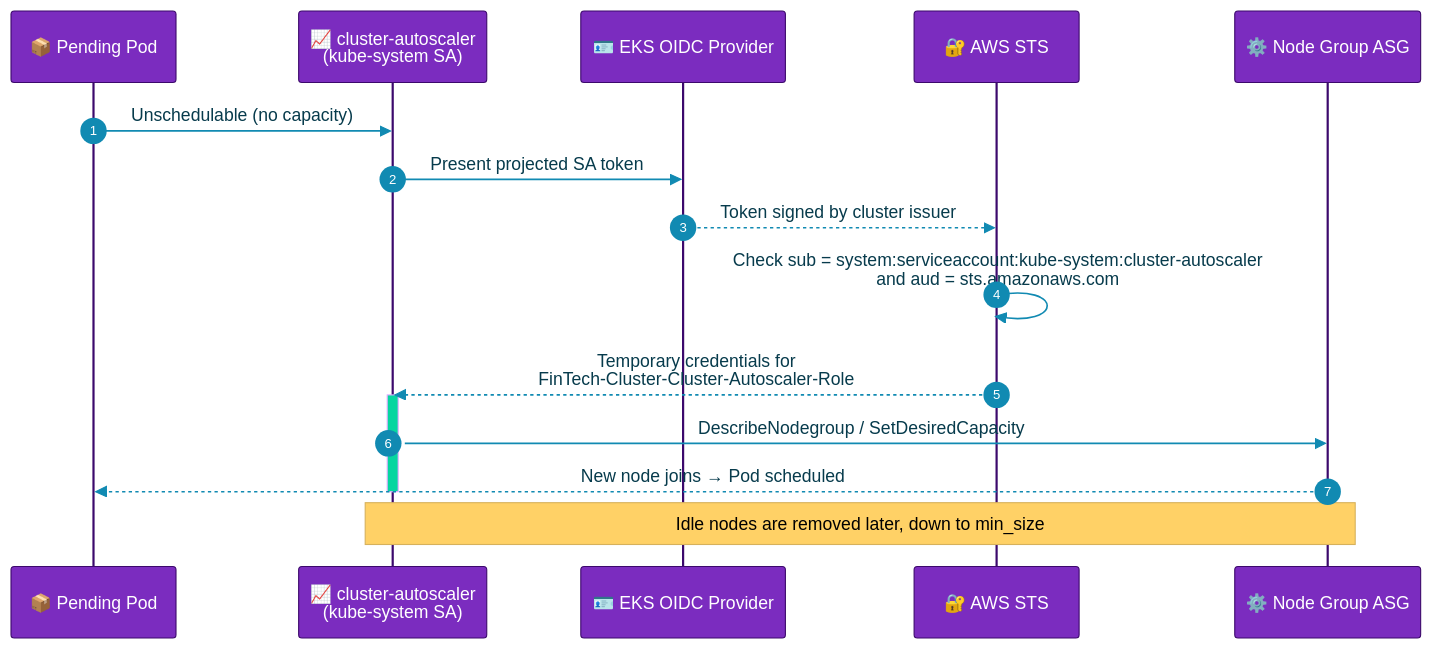
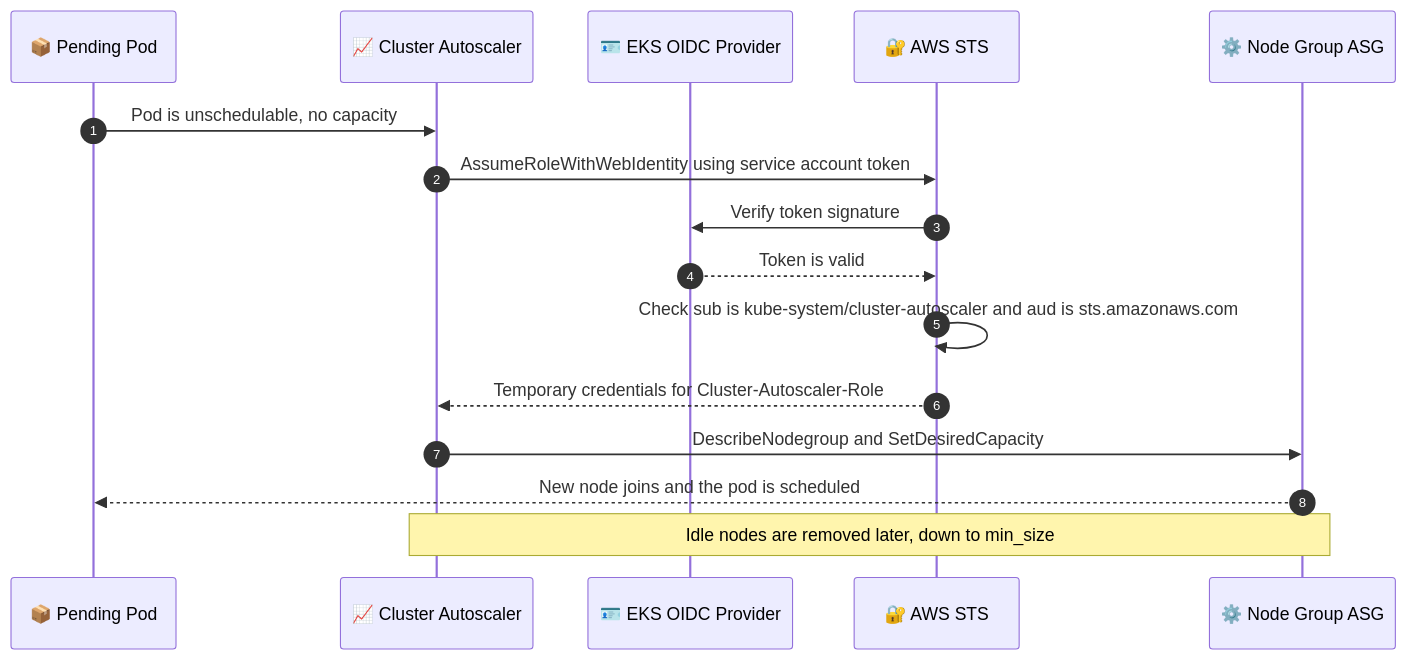
Before and after one commit to muntaha747/FinTech-Enterprise-Project: the eighth of 12 diagrams in Terraform-FinTech-Infra/README.md, drawn with Mermaid. The commit also changed other lines of this file and 1 other file, not shown here.

Commit message:
Fix README Mermaid diagrams, add interview notes; drop duplicate root EKS access entry [skip CI]

````diff
--- a/Terraform-FinTech-Infra/README.md
+++ b/Terraform-FinTech-Infra/README.md
@@ -295,21 +326,19 @@
 ```mermaid
-%%{init: {'theme':'base','themeVariables':{'actorBkg':'#7B2CBF','actorTextColor':'#ffffff','actorBorder':'#3C096C','signalColor':'#118AB2','signalTextColor':'#073B4C','noteBkgColor':'#FFD166','noteTextColor':'#000','activationBkgColor':'#06D6A0','sequenceNumberColor':'#ffffff'}}}%%
 sequenceDiagram
     autonumber
     participant Pod as 📦 Pending Pod
-    participant CA as 📈 cluster-autoscaler<br/>(kube-system SA)
+    participant CA as 📈 Cluster Autoscaler
     participant OIDC as 🪪 EKS OIDC Provider
     participant STS as 🔐 AWS STS
     participant ASG as ⚙️ Node Group ASG
 
-    Pod->>CA: Unschedulable (no capacity)
-    CA->>OIDC: Present projected SA token
-    OIDC-->>STS: Token signed by cluster issuer
-    STS->>STS: Check sub = system:serviceaccount:kube-system:cluster-autoscaler<br/>and aud = sts.amazonaws.com
-    STS-->>CA: Temporary credentials for<br/>FinTech-Cluster-Cluster-Autoscaler-Role
-    activate CA
-    CA->>ASG: DescribeNodegroup / SetDesiredCapacity
-    ASG-->>Pod: New node joins → Pod scheduled
-    deactivate CA
+    Pod->>CA: Pod is unschedulable, no capacity
+    CA->>STS: AssumeRoleWithWebIdentity using service account token
+    STS->>OIDC: Verify token signature
+    OIDC-->>STS: Token is valid
+    STS->>STS: Check sub is kube-system/cluster-autoscaler and aud is sts.amazonaws.com
+    STS-->>CA: Temporary credentials for Cluster-Autoscaler-Role
+    CA->>ASG: DescribeNodegroup and SetDesiredCapacity
+    ASG-->>Pod: New node joins and the pod is scheduled
     Note over CA,ASG: Idle nodes are removed later, down to min_size
 ```
````
